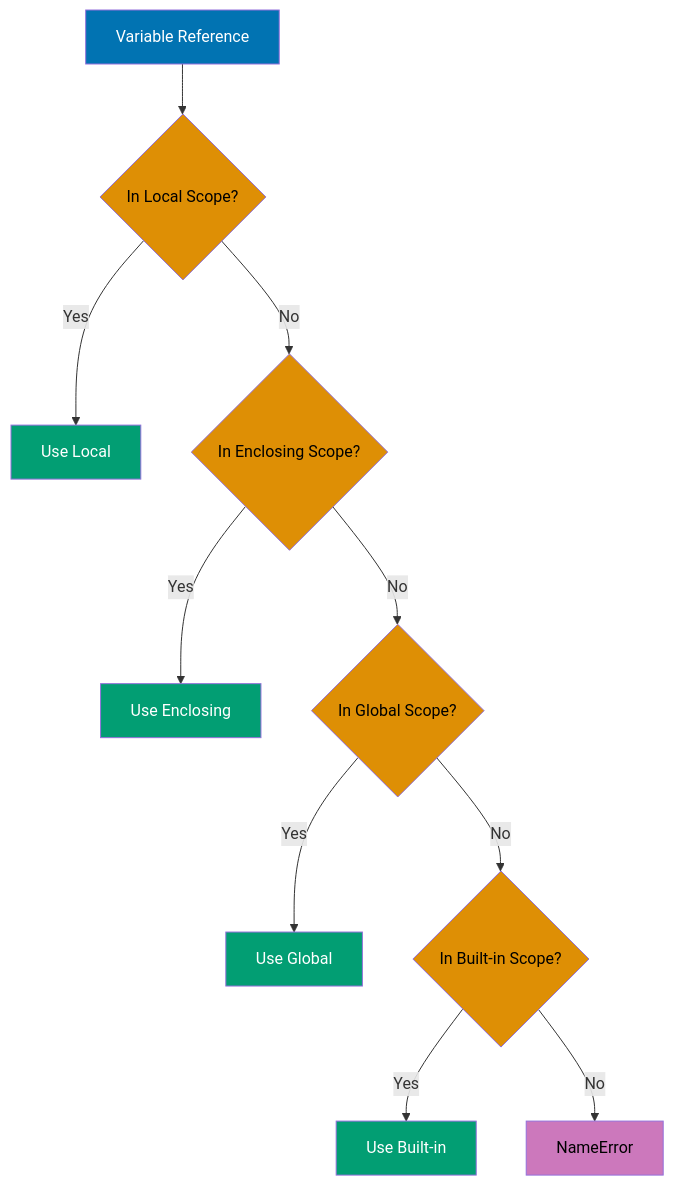
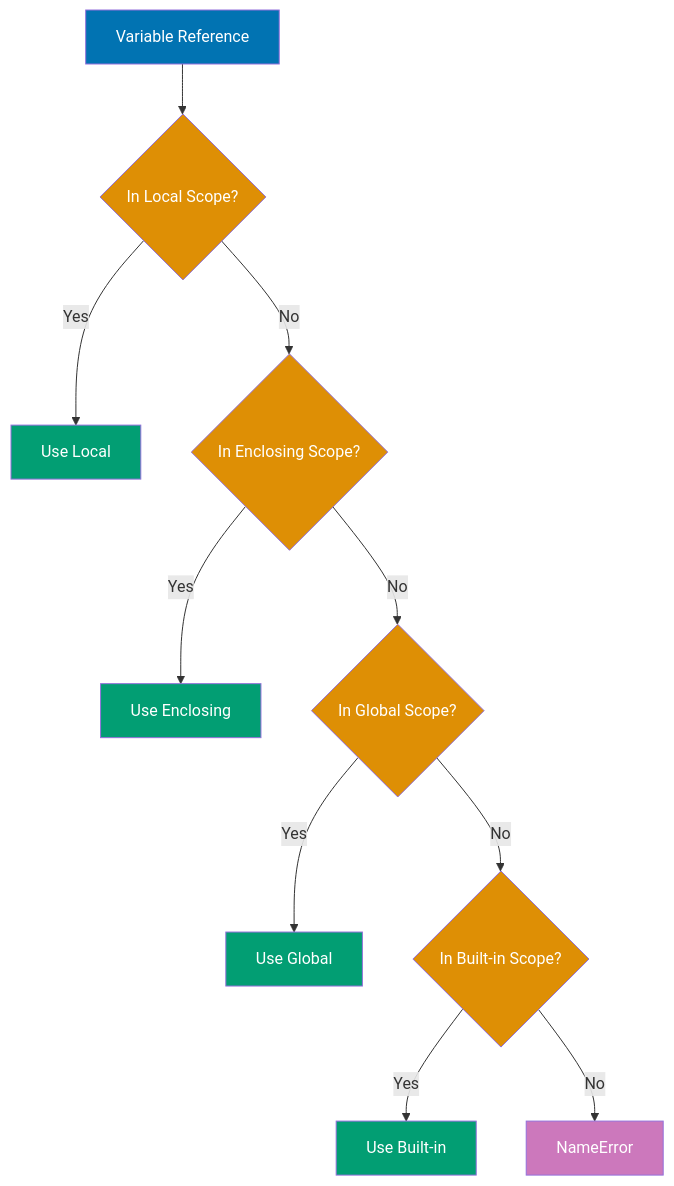
The eighth of 11 diagrams in apps/ayokoding-web/content/en/learn/software-engineering/programming-languages/python/by-example/beginner.md (wahidyankf/open-sharia-enterprise), drawn with Mermaid before and after one commit. The commit also changed other lines of this file and 61 other files, not shown here.

First line of the commit message:
fix(ayokoding-web): quote Mermaid node labels with special characters in Example 63

````diff
--- a/apps/ayokoding-web/content/en/learn/software-engineering/programming-languages/python/by-example/beginner.md
+++ b/apps/ayokoding-web/content/en/learn/software-engineering/programming-languages/python/by-example/beginner.md
@@ -1354,24 +1354,24 @@
 ```mermaid
 %% LEGB scope resolution
 graph TD
     A[Variable Reference] --> B{In Local Scope?}
     B -->|Yes| C[Use Local]
     B -->|No| D{In Enclosing Scope?}
     D -->|Yes| E[Use Enclosing]
     D -->|No| F{In Global Scope?}
     F -->|Yes| G[Use Global]
     F -->|No| H{In Built-in Scope?}
     H -->|Yes| I[Use Built-in]
     H -->|No| J[NameError]
 
     style A fill:#0173B2,color:#fff
-    style B fill:#DE8F05,color:#000
+    style B fill:#DE8F05,color:#fff
     style C fill:#029E73,color:#fff
-    style D fill:#DE8F05,color:#000
+    style D fill:#DE8F05,color:#fff
     style E fill:#029E73,color:#fff
-    style F fill:#DE8F05,color:#000
+    style F fill:#DE8F05,color:#fff
     style G fill:#029E73,color:#fff
-    style H fill:#DE8F05,color:#000
+    style H fill:#DE8F05,color:#fff
     style I fill:#029E73,color:#fff
-    style J fill:#CC78BC,color:#000
+    style J fill:#CC78BC,color:#fff
 ```
````
